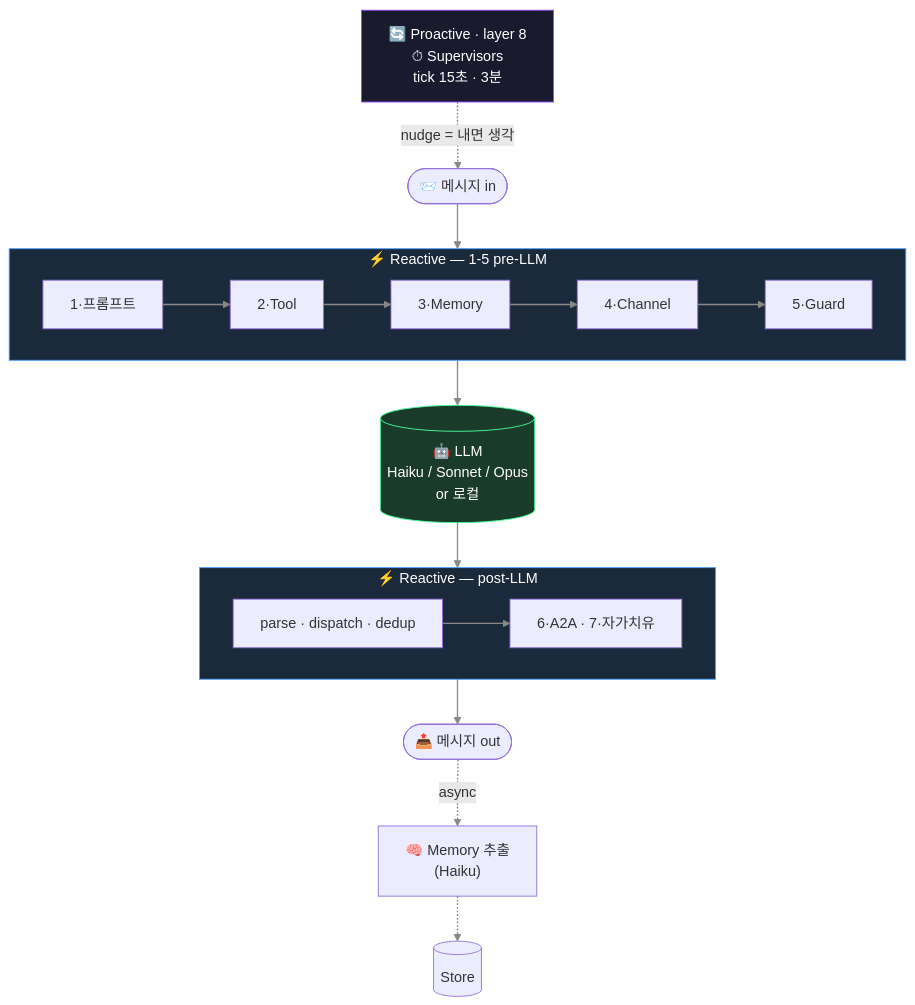
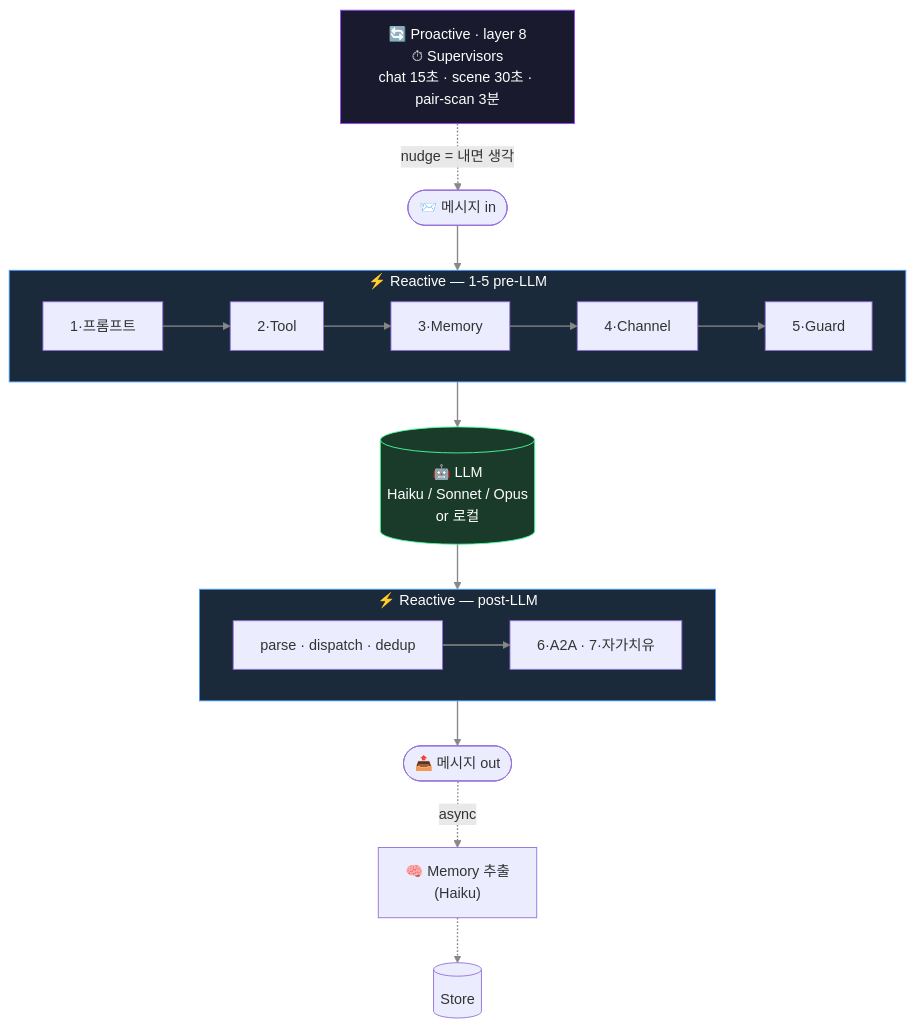
One commit to je-empty/Glimi changed the first of 3 diagrams in README.ko.md. Above: the diagram before and after it, drawn with Mermaid. The commit also changed other lines of this file, not shown here.

````diff
--- a/README.ko.md
+++ b/README.ko.md
@@ -114,24 +114,24 @@
 ```mermaid
 flowchart TB
     linkStyle default stroke:#888,stroke-width:1.5px
     In([📨 메시지 in]) --> Stack
     subgraph Stack["⚡ Reactive — 1-5 pre-LLM"]
         direction LR
         R1["1·프롬프트"] --> R2["2·Tool"] --> R3["3·Memory"] --> R4["4·Channel"] --> R5["5·Guard"]
     end
     Stack --> LLM[("🤖 LLM<br/>Haiku / Sonnet / Opus<br/>or 로컬")]
     LLM --> Post
     subgraph Post["⚡ Reactive — post-LLM"]
         direction LR
         P1["parse · dispatch · dedup"] --> P2["6·A2A · 7·자가치유"]
     end
     Post --> Out([📤 메시지 out])
     Out -. "async" .-> Ex["🧠 Memory 추출<br/>(Haiku)"] -.-> DB[("Store")]
 
-    Sup["🔄 Proactive · layer 8<br/>⏱ Supervisors<br/>tick 15초 · 3분"] -. "nudge = 내면 생각" .-> In
+    Sup["🔄 Proactive · layer 8<br/>⏱ Supervisors<br/>chat 15초 · scene 30초 · pair-scan 3분"] -. "nudge = 내면 생각" .-> In
 
     style Stack fill:#1a2a3a,stroke:#4a9eff,color:#fff
     style Post fill:#1a2a3a,stroke:#4a9eff,color:#fff
     style Sup fill:#1a1a2e,stroke:#9a4aff,color:#fff
     style LLM fill:#1a3a2a,stroke:#4aff9e,color:#fff
 ```
````
